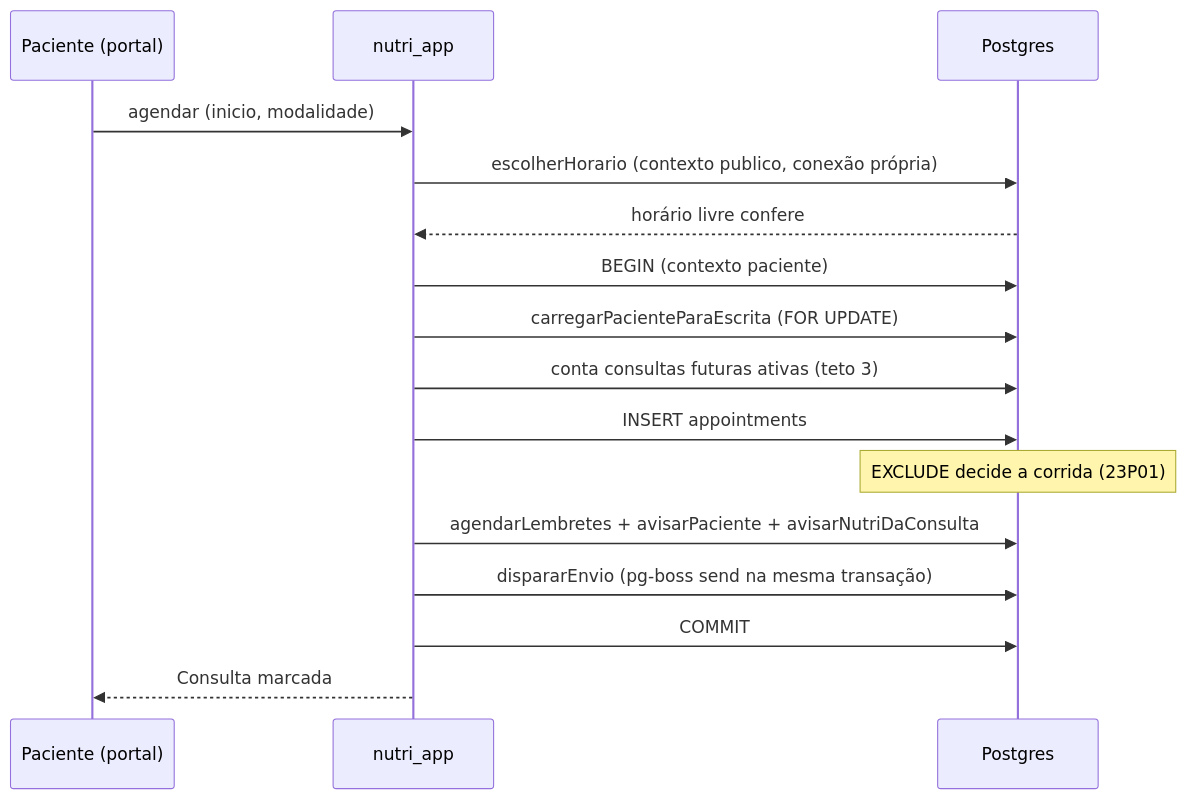
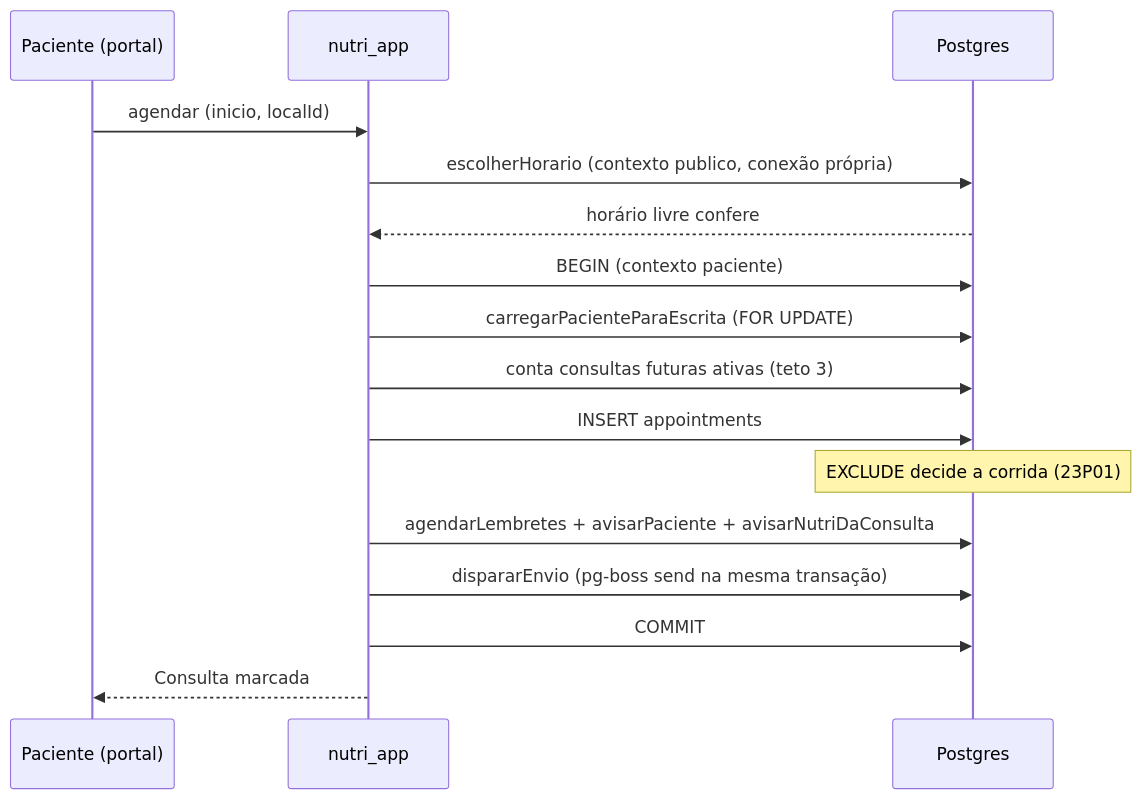
The second of 11 diagrams in docs/manual-tecnico/05-agenda-portal-conteudo.md (fabianojp06/nutridebby), drawn with Mermaid before and after one commit. The commit also changed other lines of this file and 12 other files, not shown here.

````diff
--- a/docs/manual-tecnico/05-agenda-portal-conteudo.md
+++ b/docs/manual-tecnico/05-agenda-portal-conteudo.md
@@ -187,18 +188,18 @@
 ```mermaid
 sequenceDiagram
   participant Pac as Paciente (portal)
   participant App as nutri_app
   participant DB as Postgres
-  Pac->>App: agendar (inicio, modalidade)
+  Pac->>App: agendar (inicio, localId)
   App->>DB: escolherHorario (contexto publico, conexão própria)
   DB-->>App: horário livre confere
   App->>DB: BEGIN (contexto paciente)
   App->>DB: carregarPacienteParaEscrita (FOR UPDATE)
   App->>DB: conta consultas futuras ativas (teto 3)
   App->>DB: INSERT appointments
   Note over DB: EXCLUDE decide a corrida (23P01)
   App->>DB: agendarLembretes + avisarPaciente + avisarNutriDaConsulta
   App->>DB: dispararEnvio (pg-boss send na mesma transação)
   App->>DB: COMMIT
   App-->>Pac: Consulta marcada
 ```
````
